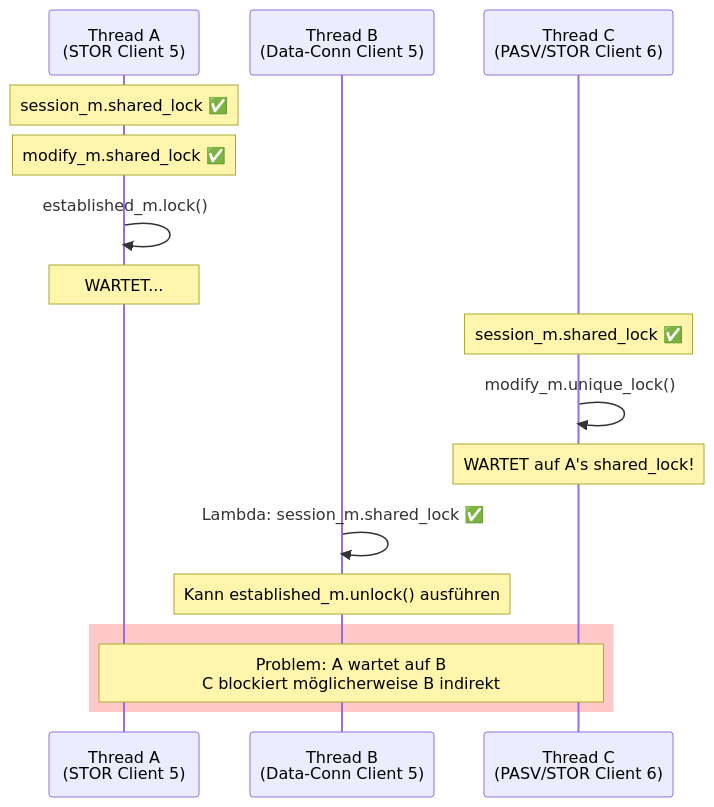
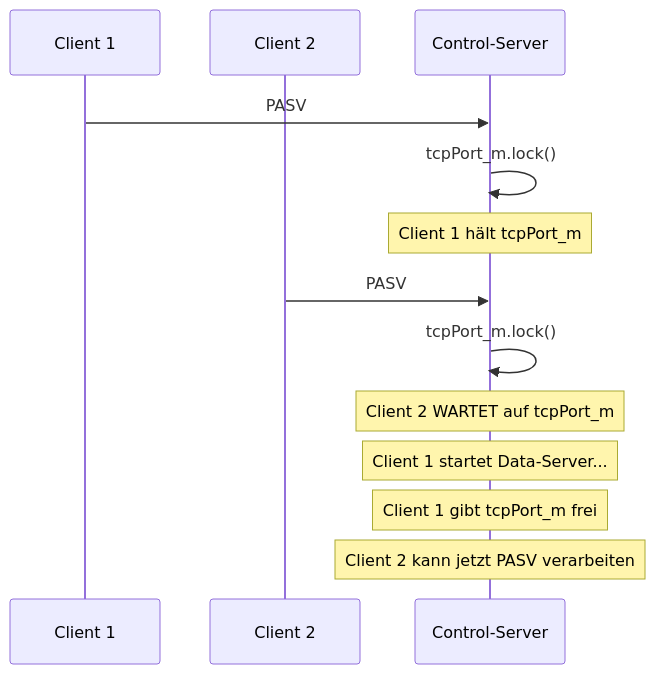
Diagram 11 of 17 in src/ftp/issue-14/ANALYSE.md (nilshenrich/TCP_ServerClient), drawn with Mermaid before and after one commit. The commit also changed other lines of this file and 1 other file, not shown here.

Commit message:
Analysis update: Mind shared lock

````diff
--- a/src/ftp/issue-14/ANALYSE.md
+++ b/src/ftp/issue-14/ANALYSE.md
@@ -190,22 +369,19 @@
 ```mermaid
 sequenceDiagram
-    participant A as Thread A<br/>(STOR Client 5)
-    participant B as Thread B<br/>(Data-Conn Client 5)
-    participant C as Thread C<br/>(PASV/STOR Client 6)
+    participant C1 as Client 1
+    participant C2 as Client 2
+    participant CS as Control-Server
 
-    Note over A: session_m.shared_lock ✅
-    Note over A: modify_m.shared_lock ✅
-    A->>A: established_m.lock()
-    Note over A: WARTET...
+    C1->>CS: PASV
+    CS->>CS: tcpPort_m.lock()
+    Note over CS: Client 1 hält tcpPort_m
 
-    Note over C: session_m.shared_lock ✅
-    C->>C: modify_m.unique_lock()
-    Note over C: WARTET auf A's shared_lock!
+    C2->>CS: PASV
+    CS->>CS: tcpPort_m.lock()
+    Note over CS: Client 2 WARTET auf tcpPort_m
 
-    B->>B: Lambda: session_m.shared_lock ✅
-    Note over B: Kann established_m.unlock() ausführen
+    Note over CS: Client 1 startet Data-Server...
+    Note over CS: Client 1 gibt tcpPort_m frei
 
-    rect rgb(255, 200, 200)
-        Note over A,C: Problem: A wartet auf B<br/>C blockiert möglicherweise B indirekt
-    end
+    Note over CS: Client 2 kann jetzt PASV verarbeiten
 ```
````
